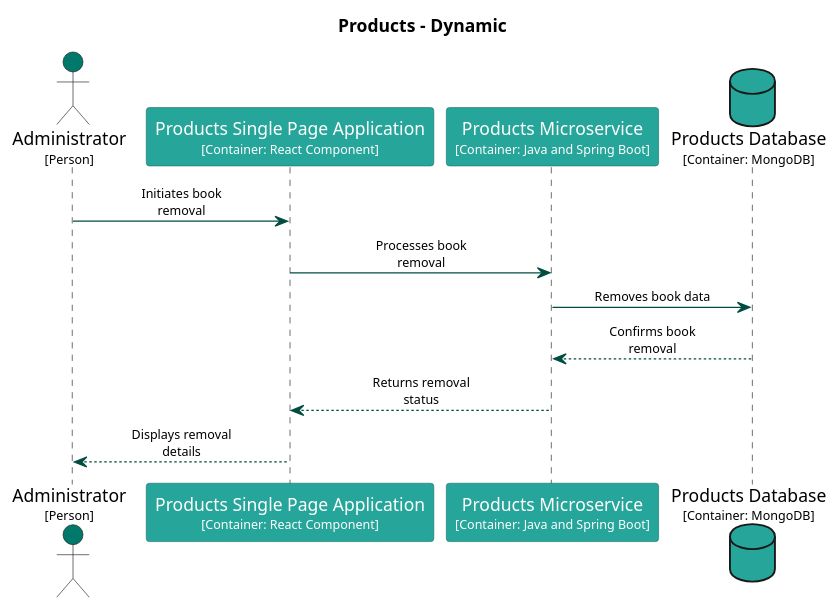
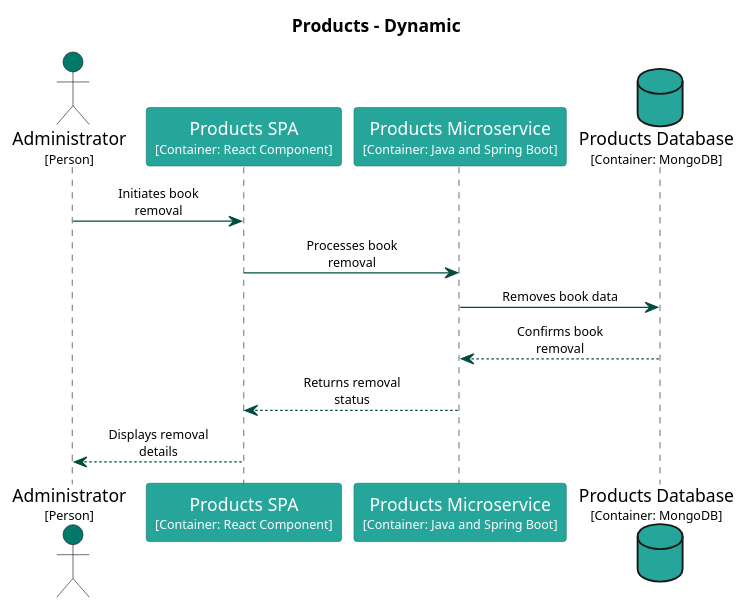
One commit to Goodmorning918/E-Library-Architecture changed the diagram in main/puml/remove-book-from-library.puml. Above: the diagram before and after it, drawn with PlantUML. The commit also changed 147 other files, not shown here.

Commit message:
Deploying to gh-pages from @ Goodmorning918/E-Library-Architecture@44f7933ce3b599391c9f964d6f6a5102fbb01043 🚀

```diff
--- a/main/puml/remove-book-from-library.puml
+++ b/main/puml/remove-book-from-library.puml
@@ -1,49 +1,49 @@
 @startuml
 set separator none
 title Products - Dynamic
 
 skinparam {
   arrowFontSize 10
   defaultTextAlignment center
   wrapWidth 200
   maxMessageSize 100
 }
 
 hide stereotype
 
 skinparam sequenceParticipant<<Administrator>> {
   BackgroundColor #00796b
   FontColor #ffffff
   BorderColor #00544a
   shadowing false
 }
 skinparam sequenceParticipant<<Products.ProductsDatabase>> {
   BackgroundColor #26a69a
   FontColor #ffffff
   BorderColor #1a746b
   shadowing false
 }
 skinparam sequenceParticipant<<Products.ProductsMicroservice>> {
   BackgroundColor #26a69a
   FontColor #ffffff
   BorderColor #1a746b
   shadowing false
 }
-skinparam sequenceParticipant<<Products.ProductsSinglePageApplication>> {
+skinparam sequenceParticipant<<Products.ProductsSPA>> {
   BackgroundColor #26a69a
   FontColor #ffffff
   BorderColor #1a746b
   shadowing false
 }
 
 actor "Administrator\n<size:10>[Person]</size>" as Administrator <<Administrator>> #00796b
-participant "Products Single Page Application\n<size:10>[Container: React Component]</size>" as Products.ProductsSinglePageApplication <<Products.ProductsSinglePageApplication>> #26a69a
+participant "Products SPA\n<size:10>[Container: React Component]</size>" as Products.ProductsSPA <<Products.ProductsSPA>> #26a69a
 participant "Products Microservice\n<size:10>[Container: Java and Spring Boot]</size>" as Products.ProductsMicroservice <<Products.ProductsMicroservice>> #26a69a
 database "Products Database\n<size:10>[Container: MongoDB]</size>" as Products.ProductsDatabase <<Products.ProductsDatabase>> #26a69a
-Administrator -[#004d40]> Products.ProductsSinglePageApplication : Initiates book removal
-Products.ProductsSinglePageApplication -[#004d40]> Products.ProductsMicroservice : Processes book removal
+Administrator -[#004d40]> Products.ProductsSPA : Initiates book removal
+Products.ProductsSPA -[#004d40]> Products.ProductsMicroservice : Processes book removal
 Products.ProductsMicroservice -[#004d40]> Products.ProductsDatabase : Removes book data
 Products.ProductsMicroservice <-[#004d40]- Products.ProductsDatabase : Confirms book removal
-Products.ProductsSinglePageApplication <-[#004d40]- Products.ProductsMicroservice : Returns removal status
-Administrator <-[#004d40]- Products.ProductsSinglePageApplication : Displays removal details
+Products.ProductsSPA <-[#004d40]- Products.ProductsMicroservice : Returns removal status
+Administrator <-[#004d40]- Products.ProductsSPA : Displays removal details
 @enduml
```
